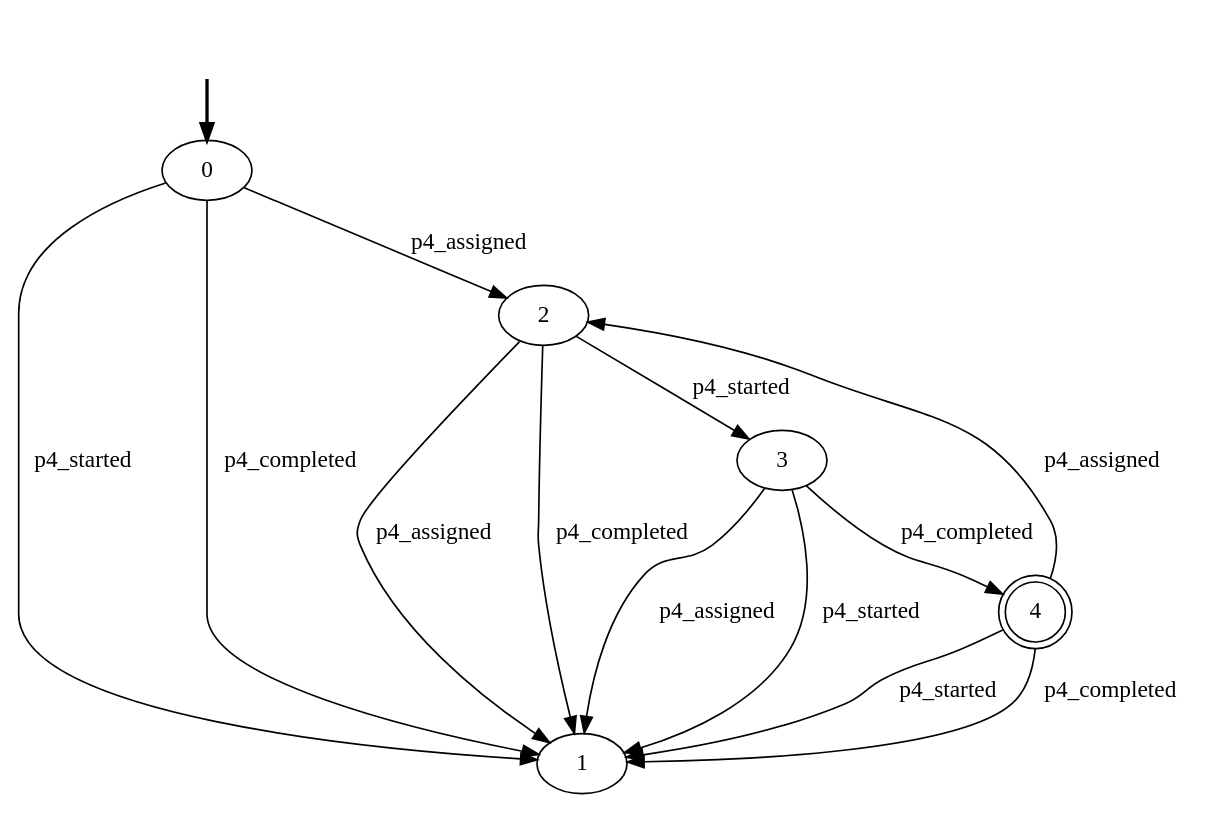
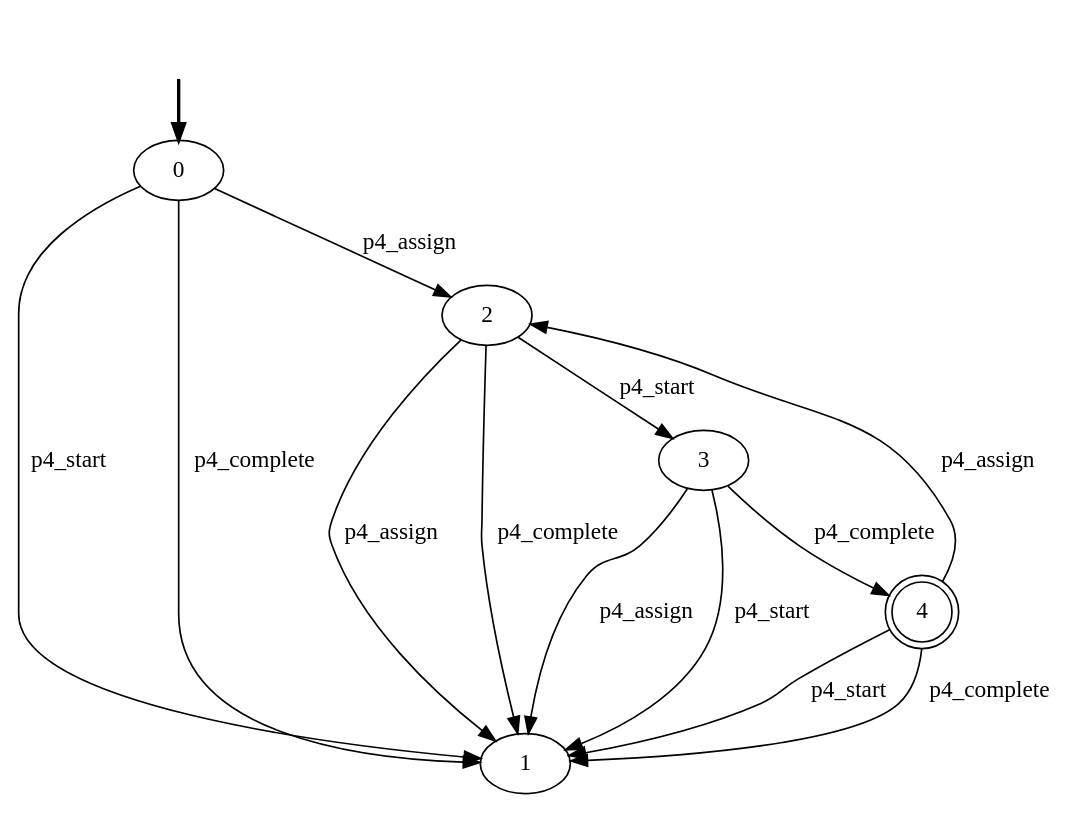
One commit to GianmarcoBordin/pddlTranslator changed the diagram in out/production/Aligner/declarative-models/Data-Aware/5-CONSTRAINTS/p4_lifecycle.dot. Above: the diagram before and after it, drawn with Graphviz. The commit also changed 87 other files, not shown here.

```diff
--- a/out/production/Aligner/declarative-models/Data-Aware/5-CONSTRAINTS/p4_lifecycle.dot
+++ b/out/production/Aligner/declarative-models/Data-Aware/5-CONSTRAINTS/p4_lifecycle.dot
@@ -1,21 +1,21 @@
 digraph {
 		fake0 [style=invisible]
 		0 [root=true]
 		1
 		2
 		3
 		4 [shape=doublecircle]
 		fake0 -> 0 [style=bold]
-		2 -> 1 [label=p4_assigned]
-		2 -> 3 [label=p4_started]
-		2 -> 1 [label=p4_completed]
-		3 -> 1 [label=p4_assigned]
-		3 -> 1 [label=p4_started]
-		3 -> 4 [label=p4_completed]
-		4 -> 2 [label=p4_assigned]
-		4 -> 1 [label=p4_started]
-		4 -> 1 [label=p4_completed]
-		0 -> 2 [label=p4_assigned]
-		0 -> 1 [label=p4_started]
-		0 -> 1 [label=p4_completed]
+		2 -> 1 [label=p4_assign]
+		2 -> 3 [label=p4_start]
+		2 -> 1 [label=p4_complete]
+		3 -> 1 [label=p4_assign]
+		3 -> 1 [label=p4_start]
+		3 -> 4 [label=p4_complete]
+		4 -> 2 [label=p4_assign]
+		4 -> 1 [label=p4_start]
+		4 -> 1 [label=p4_complete]
+		0 -> 2 [label=p4_assign]
+		0 -> 1 [label=p4_start]
+		0 -> 1 [label=p4_complete]
 }
```
